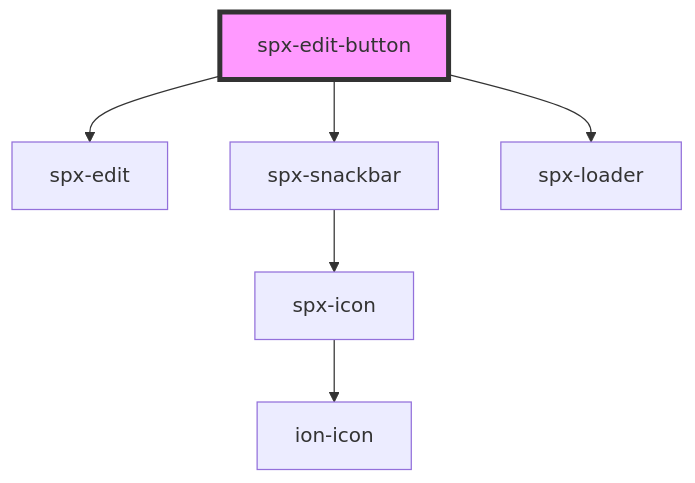
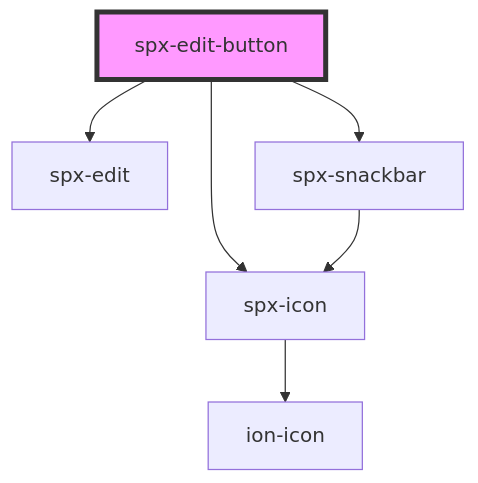
One commit to dnnsjsk/spx changed the diagram in stencil/src/components/spx-edit-button/readme.md. Above: the diagram before and after it, drawn with Mermaid. The commit also changed other lines of this file and 169 other files, not shown here.

````diff
--- a/stencil/src/components/spx-edit-button/readme.md
+++ b/stencil/src/components/spx-edit-button/readme.md
@@ -106,9 +97,9 @@
 ```mermaid
 graph TD;
   spx-edit-button --> spx-edit
   spx-edit-button --> spx-snackbar
-  spx-edit-button --> spx-loader
+  spx-edit-button --> spx-icon
   spx-snackbar --> spx-icon
   spx-icon --> ion-icon
   style spx-edit-button fill:#f9f,stroke:#333,stroke-width:4px
 ```
````
